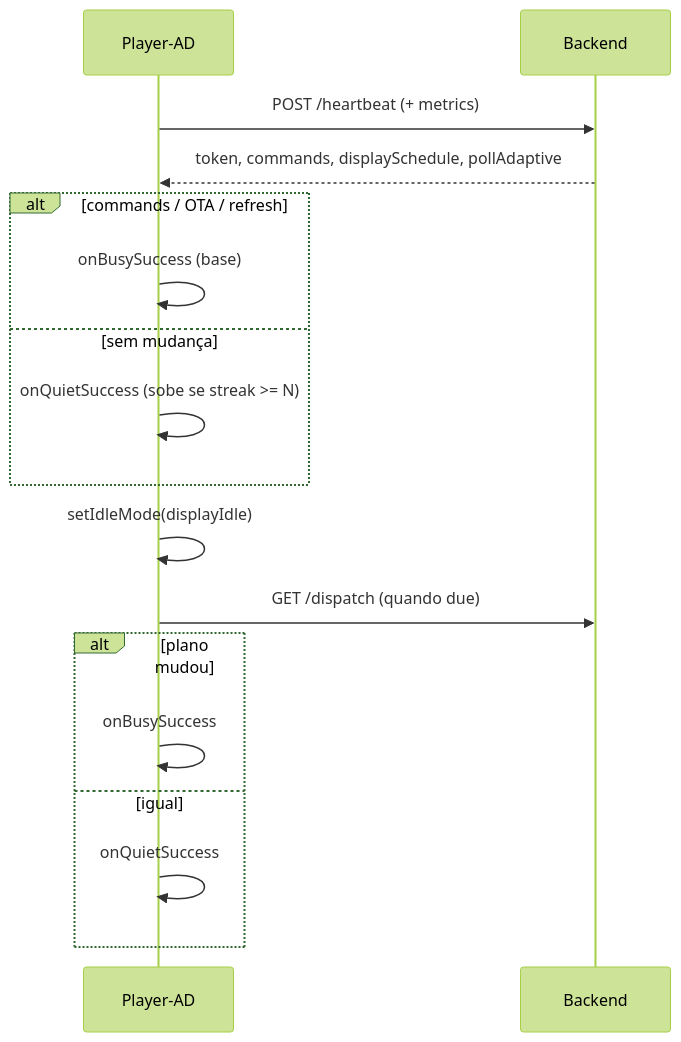
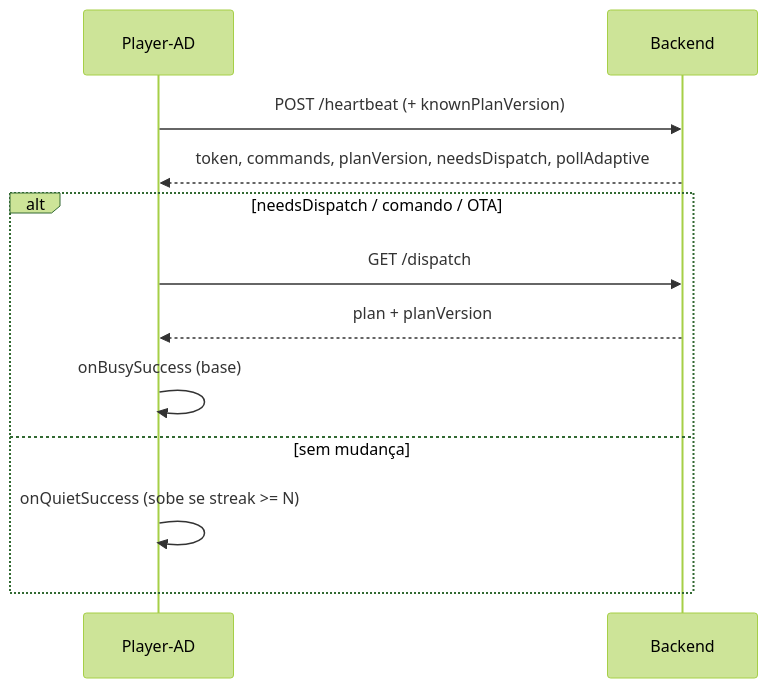
Before and after one commit to Julio-Eyras/TotemDigital-Studio-A.i: the diagram in docs/DESENHO-SONOLENCIA-BATIMENTO-POLL-ADAPTIVE.md, drawn with Mermaid (forest theme). The commit also changed other lines of this file and 10 other files, not shown here.

First line of the commit message:
feat(player-ad): unifica dispatch via planVersion no heartbeat

````diff
--- a/docs/DESENHO-SONOLENCIA-BATIMENTO-POLL-ADAPTIVE.md
+++ b/docs/DESENHO-SONOLENCIA-BATIMENTO-POLL-ADAPTIVE.md
@@ -86,19 +117,14 @@
 ```mermaid
 sequenceDiagram
   participant P as Player-AD
   participant S as Backend
-  P->>S: POST /heartbeat (+ metrics)
-  S-->>P: token, commands, displaySchedule, pollAdaptive
-  alt commands / OTA / refresh
+  P->>S: POST /heartbeat (+ knownPlanVersion)
+  S-->>P: token, commands, planVersion, needsDispatch, pollAdaptive
+  alt needsDispatch / comando / OTA
+    P->>S: GET /dispatch
+    S-->>P: plan + planVersion
     P->>P: onBusySuccess (base)
   else sem mudança
     P->>P: onQuietSuccess (sobe se streak >= N)
   end
-  P->>P: setIdleMode(displayIdle)
-  P->>S: GET /dispatch (quando due)
-  alt plano mudou
-    P->>P: onBusySuccess
-  else igual
-    P->>P: onQuietSuccess
-  end
 ```
````
